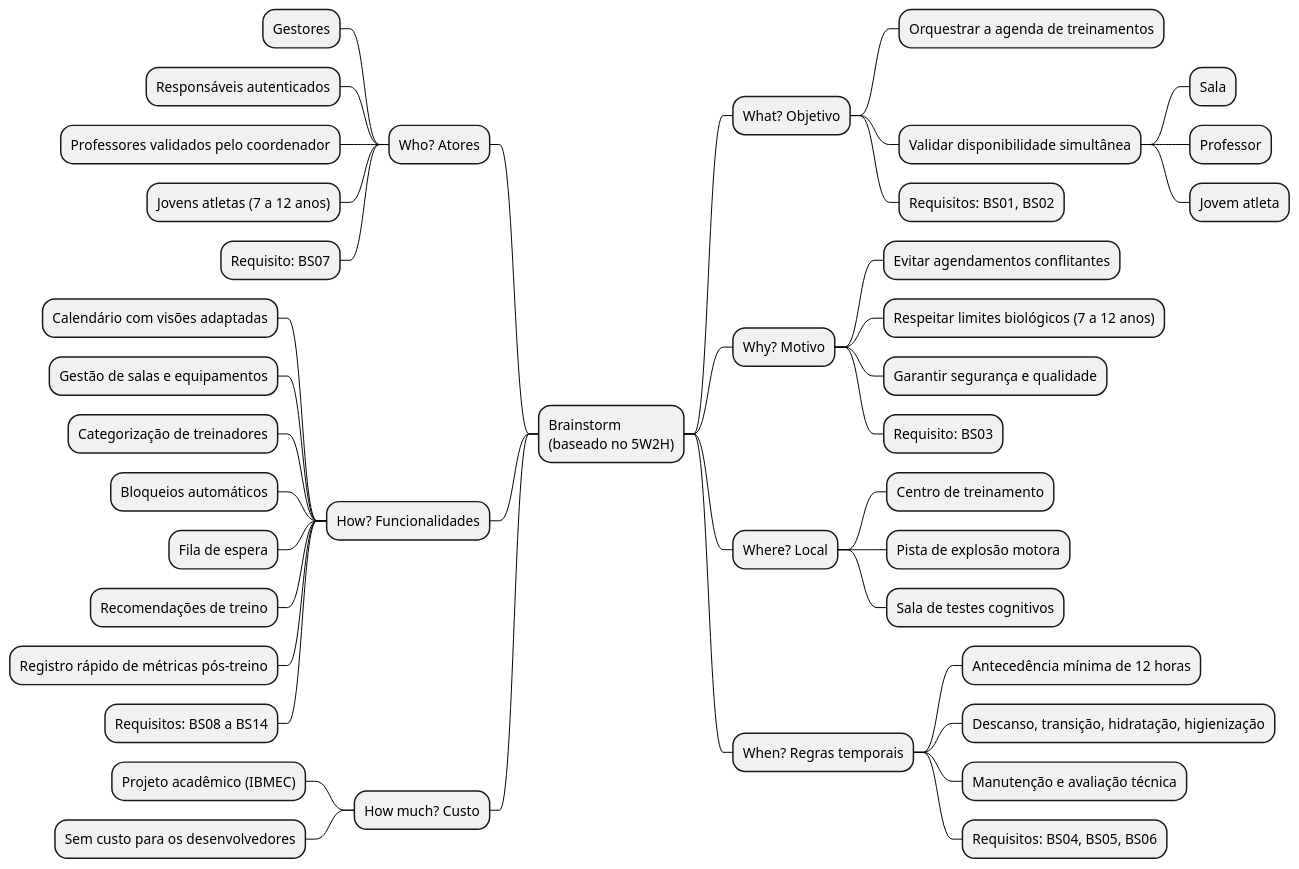
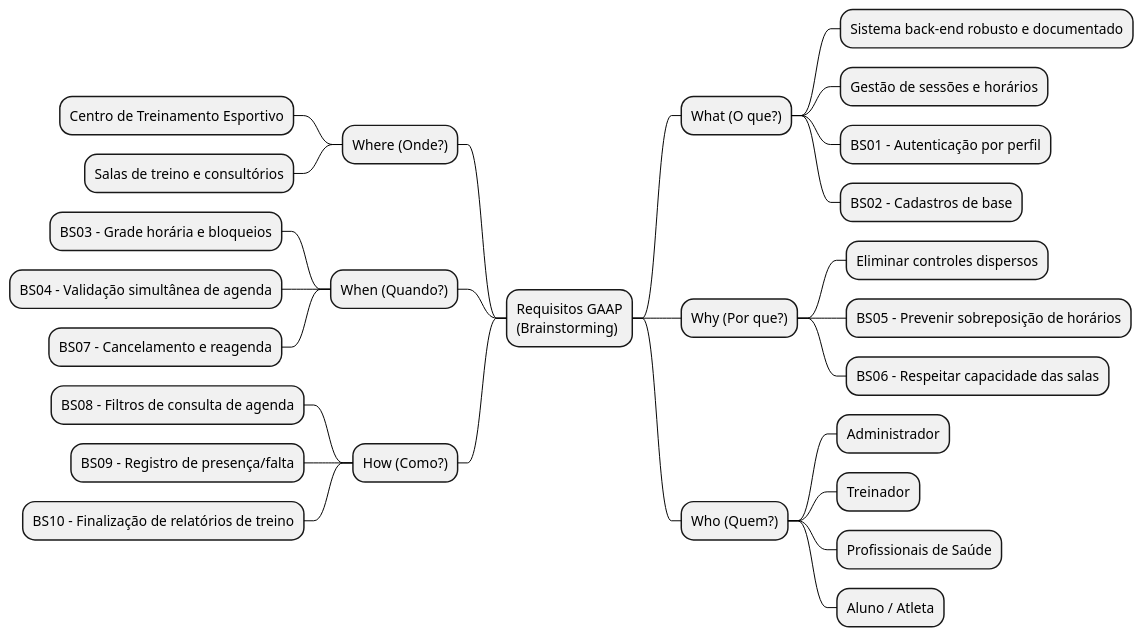
The second of 2 diagrams in assets/Mapas_Mentais/mm.wsd (Projetos-de-Extensao/PBE_26.2_8002_III), drawn with PlantUML before and after one commit. The commit also changed other lines of this file and 36 other files, not shown here.

```diff
--- a/assets/Mapas_Mentais/mm.wsd
+++ b/assets/Mapas_Mentais/mm.wsd
@@ -75,54 +55,39 @@
 @startmindmap Mapa_Mental_Brainstorm
 skinparam monochrome true
 skinparam ArrowColor #000000
 skinparam NodeFontSize 14
 
-* Brainstorm\n(baseado no 5W2H)
-** What? Objetivo
-*** Orquestrar a agenda de treinamentos
-*** Validar disponibilidade simultânea
-    **** Sala
-    **** Professor
-    **** Jovem atleta
-*** Requisitos: BS01, BS02
+* Requisitos GAAP\n(Brainstorming)
+** What (O que?)
+*** Sistema back-end robusto e documentado
+*** Gestão de sessões e horários
+*** BS01 - Autenticação por perfil
+*** BS02 - Cadastros de base
 
-** Why? Motivo
-*** Evitar agendamentos conflitantes
-*** Respeitar limites biológicos (7 a 12 anos)
-*** Garantir segurança e qualidade
-*** Requisito: BS03
+** Why (Por que?)
+*** Eliminar controles dispersos
+*** BS05 - Prevenir sobreposição de horários
+*** BS06 - Respeitar capacidade das salas
 
-** Where? Local
-*** Centro de treinamento
-*** Pista de explosão motora
-*** Sala de testes cognitivos
-
-** When? Regras temporais
-*** Antecedência mínima de 12 horas
-*** Descanso, transição, hidratação, higienização
-*** Manutenção e avaliação técnica
-*** Requisitos: BS04, BS05, BS06
+** Who (Quem?)
+*** Administrador
+*** Treinador
+*** Profissionais de Saúde
+*** Aluno / Atleta
 
 left side
 
-** Who? Atores
-*** Gestores
-*** Responsáveis autenticados
-*** Professores validados pelo coordenador
-*** Jovens atletas (7 a 12 anos)
-*** Requisito: BS07
+** Where (Onde?)
+*** Centro de Treinamento Esportivo
+*** Salas de treino e consultórios
 
-** How? Funcionalidades
-*** Calendário com visões adaptadas
-*** Gestão de salas e equipamentos
-*** Categorização de treinadores
-*** Bloqueios automáticos
-*** Fila de espera
-*** Recomendações de treino
-*** Registro rápido de métricas pós-treino
-*** Requisitos: BS08 a BS14
+** When (Quando?)
+*** BS03 - Grade horária e bloqueios
+*** BS04 - Validação simultânea de agenda
+*** BS07 - Cancelamento e reagenda
 
-** How much? Custo
-*** Projeto acadêmico (IBMEC)
-*** Sem custo para os desenvolvedores
+** How (Como?)
+*** BS08 - Filtros de consulta de agenda
+*** BS09 - Registro de presença/falta
+*** BS10 - Finalização de relatórios de treino
 @endmindmap
```
